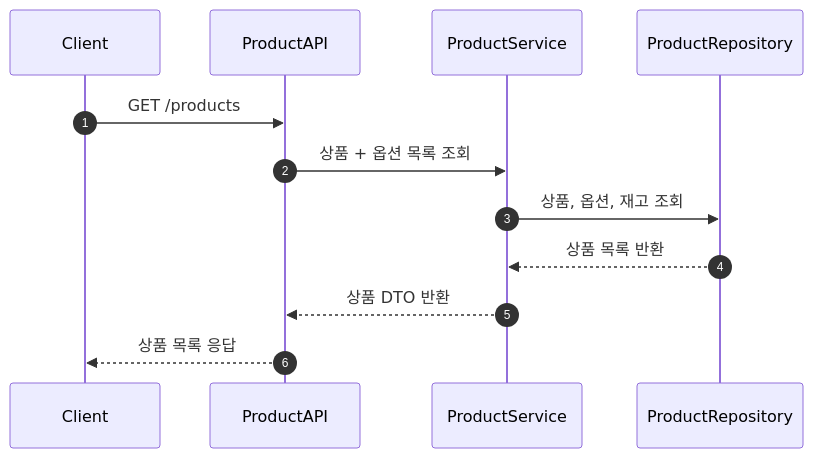
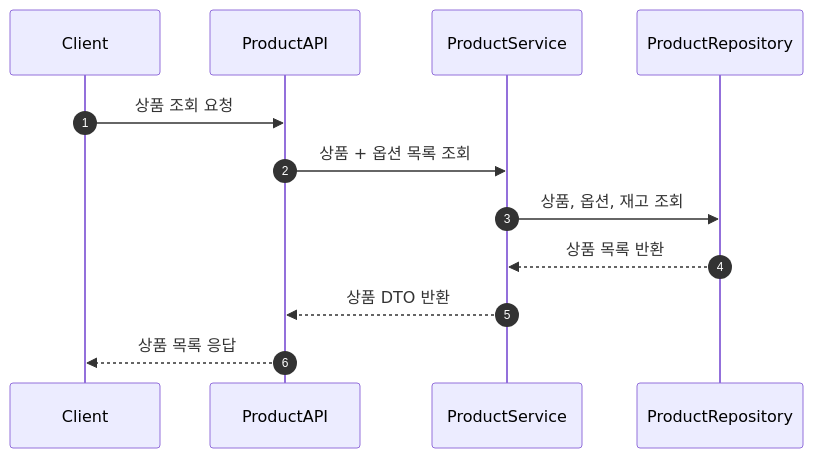
Before and after one commit to ehdgus0221/hhplus-ecommerce: the first of 7 diagrams in docs/Sequence.md, drawn with Mermaid. The commit also changed other lines of this file and 25 other files, not shown here.

````diff
--- a/docs/Sequence.md
+++ b/docs/Sequence.md
@@ -2,11 +2,11 @@
 ```mermaid
 sequenceDiagram
     autonumber
     participant Client
-    Client->>ProductAPI: GET /products
+    Client->>ProductAPI: 상품 조회 요청
     ProductAPI->>ProductService: 상품 + 옵션 목록 조회
     ProductService->>ProductRepository: 상품, 옵션, 재고 조회
     ProductRepository-->>ProductService: 상품 목록 반환
     ProductService-->>ProductAPI: 상품 DTO 반환
     ProductAPI-->>Client: 상품 목록 응답
 ```
````
